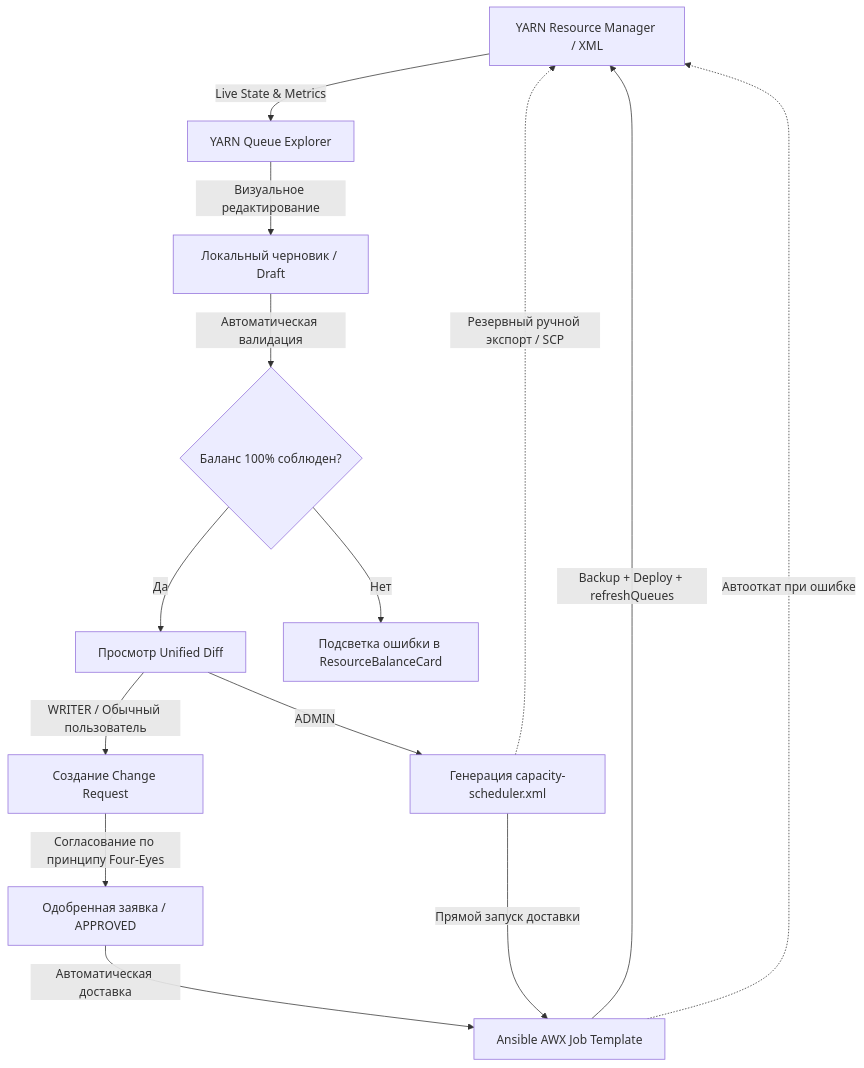
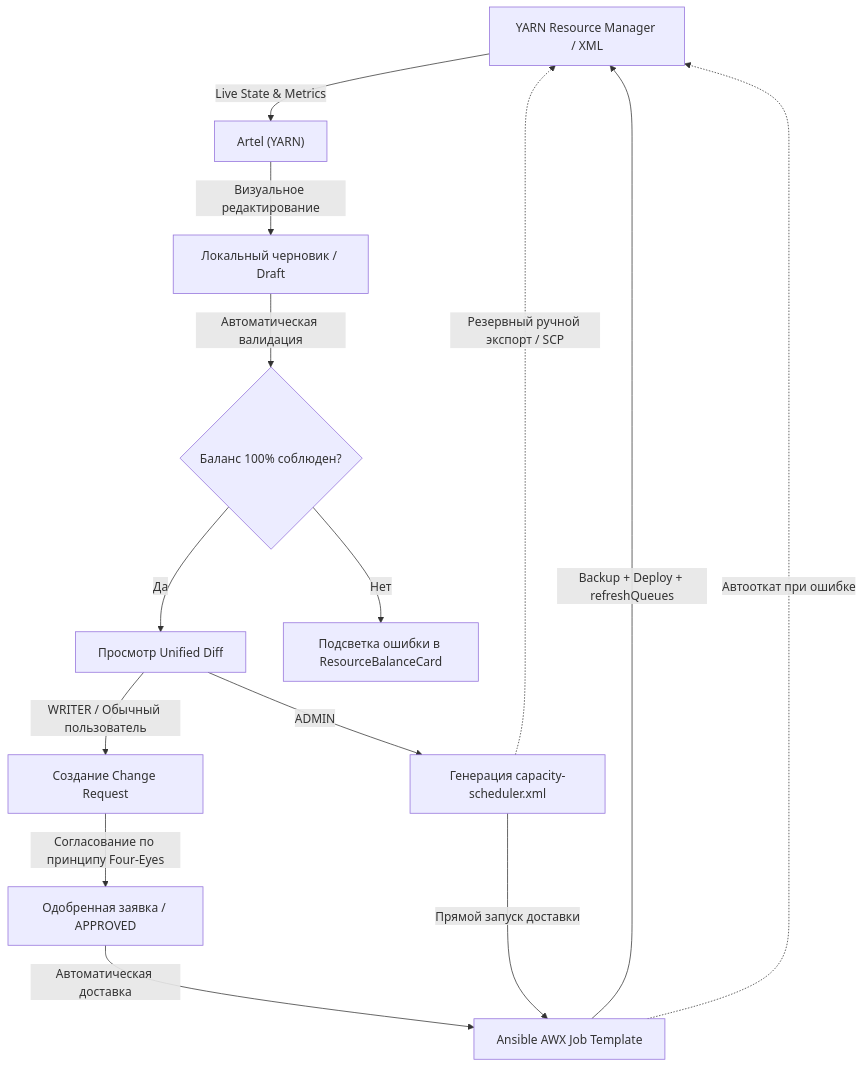
One commit to balookrd/hadoop-explorer changed the diagram in docs/yarn-user-guide.md. Above: the diagram before and after it, drawn with Mermaid. The commit also changed other lines of this file and 268 other files, not shown here.

Commit message:
refactor!: rename YARN Explorer service to Artel

````diff
--- a/docs/yarn-user-guide.md
+++ b/docs/yarn-user-guide.md
@@ -43,16 +43,16 @@
 ```mermaid
 graph TD
-    A["YARN Resource Manager / XML"] -->|"Live State & Metrics"| B["YARN Queue Explorer"]
+    A["YARN Resource Manager / XML"] -->|"Live State & Metrics"| B["Artel (YARN)"]
     B -->|"Визуальное редактирование"| C["Локальный черновик / Draft"]
     C -->|"Автоматическая валидация"| D{"Баланс 100% соблюден?"}
     D -->|"Да"| E["Просмотр Unified Diff"]
     D -->|"Нет"| F["Подсветка ошибки в ResourceBalanceCard"]
     E -->|"WRITER / Обычный пользователь"| G["Создание Change Request"]
     E -->|"ADMIN"| H["Генерация capacity-scheduler.xml"]
     G -->|"Согласование по принципу Four-Eyes"| I["Одобренная заявка / APPROVED"]
     I -->|"Автоматическая доставка"| J["Ansible AWX Job Template"]
     H -->|"Прямой запуск доставки"| J
     J -->|"Backup + Deploy + refreshQueues"| A
     J -.->|"Автооткат при ошибке"| A
     H -.->|"Резервный ручной экспорт / SCP"| A
 ```
````
